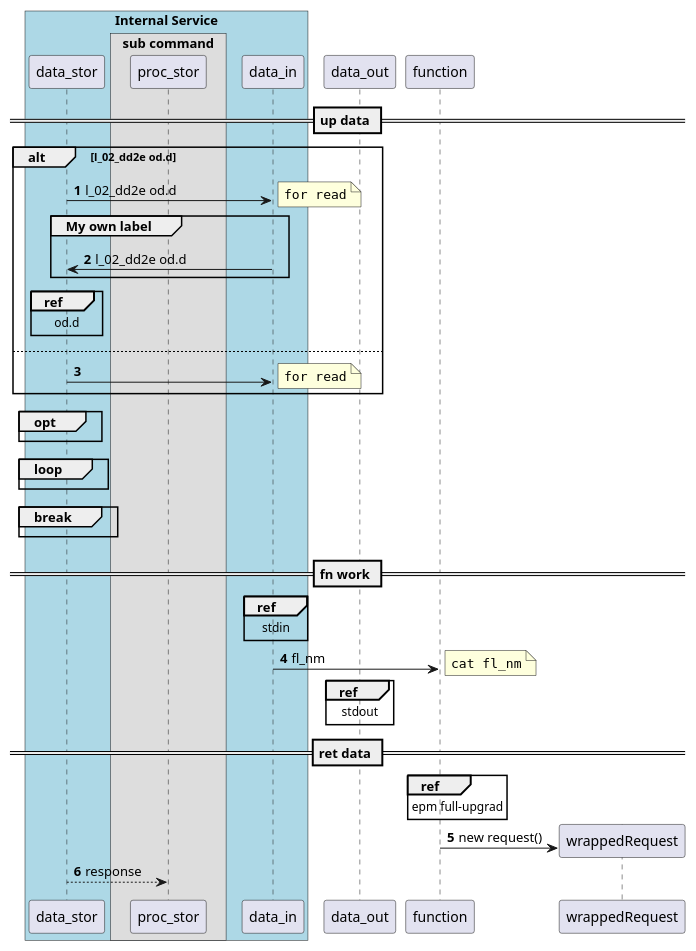
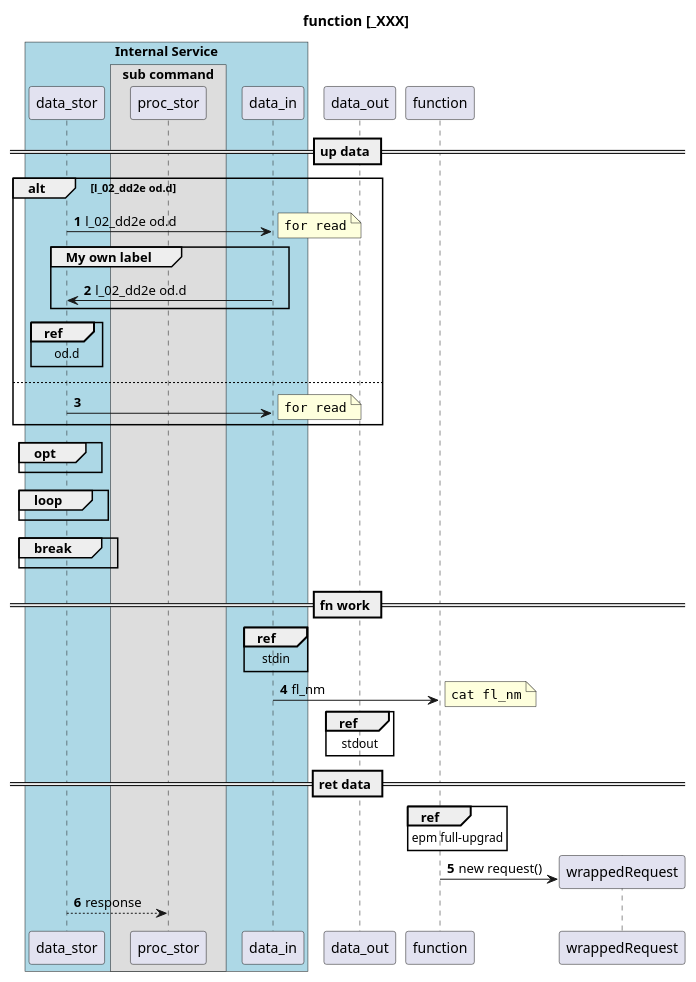
The diagram in .d/.stl.d/opus.d/uml.d/exa/fn1.puml (legioner9/stl), drawn with PlantUML before and after one commit. The commit also changed 7 other files, not shown here.

```diff
--- a/.d/.stl.d/opus.d/uml.d/exa/fn1.puml
+++ b/.d/.stl.d/opus.d/uml.d/exa/fn1.puml
@@ -1,78 +1,78 @@
 @startuml
-
+title function [_XXX]
 ' scale 1000*500
 autonumber 
 !pragma teoz true
 box "Internal Service" #LightBlue
 participant data_stor as d_st
 box "sub command"
 participant proc_stor as p_st
 end box
 participant data_in as d_in
 end box
 participant data_out as d_out
 participant function as fn
 == up data ==
 
 
 
     
 alt  l_02_dd2e od.d
     d_st -> d_in : l_02_dd2e od.d
         note right
         <code>
         for read
         </code>
         end note
     group My own label
     d_in -> d_st : l_02_dd2e od.d
     end
 ref over d_st
 od.d
 end ref
 else
         d_in <- d_st
         note right
         <code>
         for read
         </code>
         end note
 end
 
 opt
 end
 
 loop
 end
 
 break
 end
 
 
 == fn work ==
 
 ref over d_in
 stdin
 end ref
 d_in -> fn : fl_nm
 note right
 <code>
 cat fl_nm
 </code>
 end note
 ref over d_out
 stdout
 end ref
 == ret data ==
 ref over fn
 epm full-upgrad
 end ref
 
 create wrappedRequest
 fn -> wrappedRequest: new request()
 p_st <-- d_st: response
 
 
 
 
 @enduml
```
